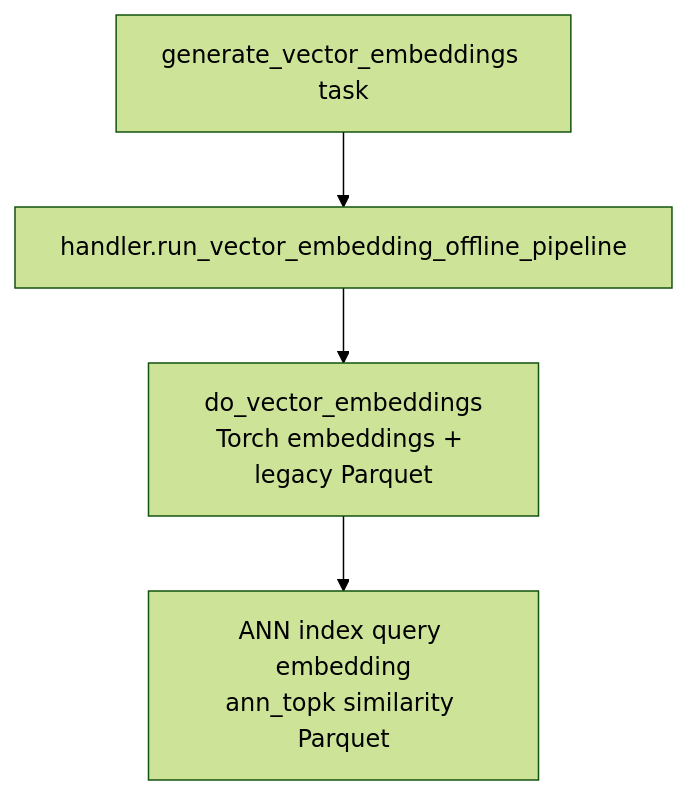
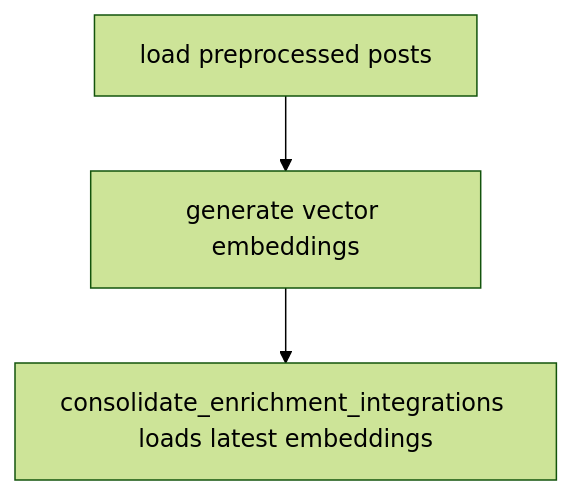
The fifth of 8 diagrams in services/README.md (METResearchGroup/bluesky-research), drawn with Mermaid (forest theme) before and after one commit. The commit also changed 1 other file, not shown here.

````diff
--- a/services/README.md
+++ b/services/README.md
@@ -105,11 +105,8 @@
 ```mermaid
 flowchart TD
-  GV[generate_vector_embeddings task]
-  H[handler.run_vector_embedding_offline_pipeline]
-  DO[do_vector_embeddings<br/>Torch embeddings + legacy Parquet]
-  OFF[ANN index query embedding<br/>ann_topk similarity Parquet]
+  LOAD[load preprocessed posts]
+  GEN[generate vector embeddings]
+  CONSOL[consolidate_enrichment_integrations loads latest embeddings]
 
-  GV --> H
-  H --> DO
-  DO --> OFF
+  LOAD --> GEN --> CONSOL
 ```
````
